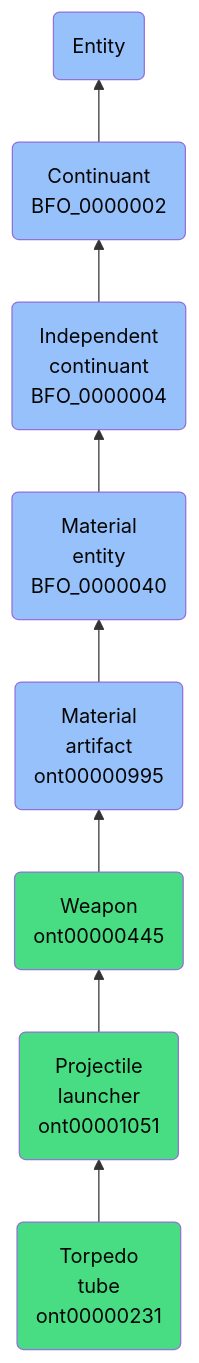
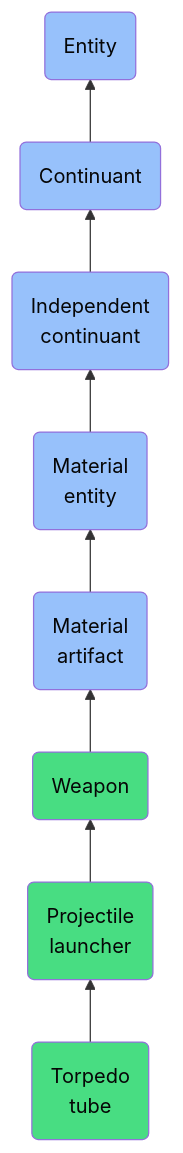
Before and after one commit to jupyter-naas/abi: the diagram in docs/ontology/reference/model/Entity/Continuant/Independent continuant/Material entity/Material artifact/Weapon/Projectile launcher/Torpedo tube/Torpedo tube.md, drawn with Mermaid. The commit also changed other lines of this file and 1430 other files, not shown here.

````diff
--- a/docs/ontology/reference/model/Entity/Continuant/Independent continuant/Material entity/Material artifact/Weapon/Projectile launcher/Torpedo tube/Torpedo tube.md
+++ b/docs/ontology/reference/model/Entity/Continuant/Independent continuant/Material entity/Material artifact/Weapon/Projectile launcher/Torpedo tube/Torpedo tube.md
@@ -24,15 +24,15 @@
 ```mermaid
 graph BT
-    ont00000231(Torpedo<br>tube<br>ont00000231):::ABI-->ont00001051
-    ont00001051(Projectile<br>launcher<br>ont00001051):::ABI-->ont00000445
-    ont00000445(Weapon<br>ont00000445):::ABI-->ont00000995
-    ont00000995(Material<br>artifact<br>ont00000995):::BFO-->BFO_0000040
-    BFO_0000040(Material<br>entity<br>BFO_0000040):::BFO-->BFO_0000004
-    BFO_0000004(Independent<br>continuant<br>BFO_0000004):::BFO-->BFO_0000002
-    BFO_0000002(Continuant<br>BFO_0000002):::BFO-->BFO_0000001
+    ont00000231(Torpedo<br>tube):::ABI-->ont00001051
+    ont00001051(Projectile<br>launcher):::ABI-->ont00000445
+    ont00000445(Weapon):::ABI-->ont00000995
+    ont00000995(Material<br>artifact):::BFO-->BFO_0000040
+    BFO_0000040(Material<br>entity):::BFO-->BFO_0000004
+    BFO_0000004(Independent<br>continuant):::BFO-->BFO_0000002
+    BFO_0000002(Continuant):::BFO-->BFO_0000001
     BFO_0000001(Entity):::BFO
     
     classDef BFO fill:#97c1fb,color:#060606
     classDef CCO fill:#e4c51e,color:#060606
     classDef ABI fill:#48DD82,color:#060606
 ```
````
